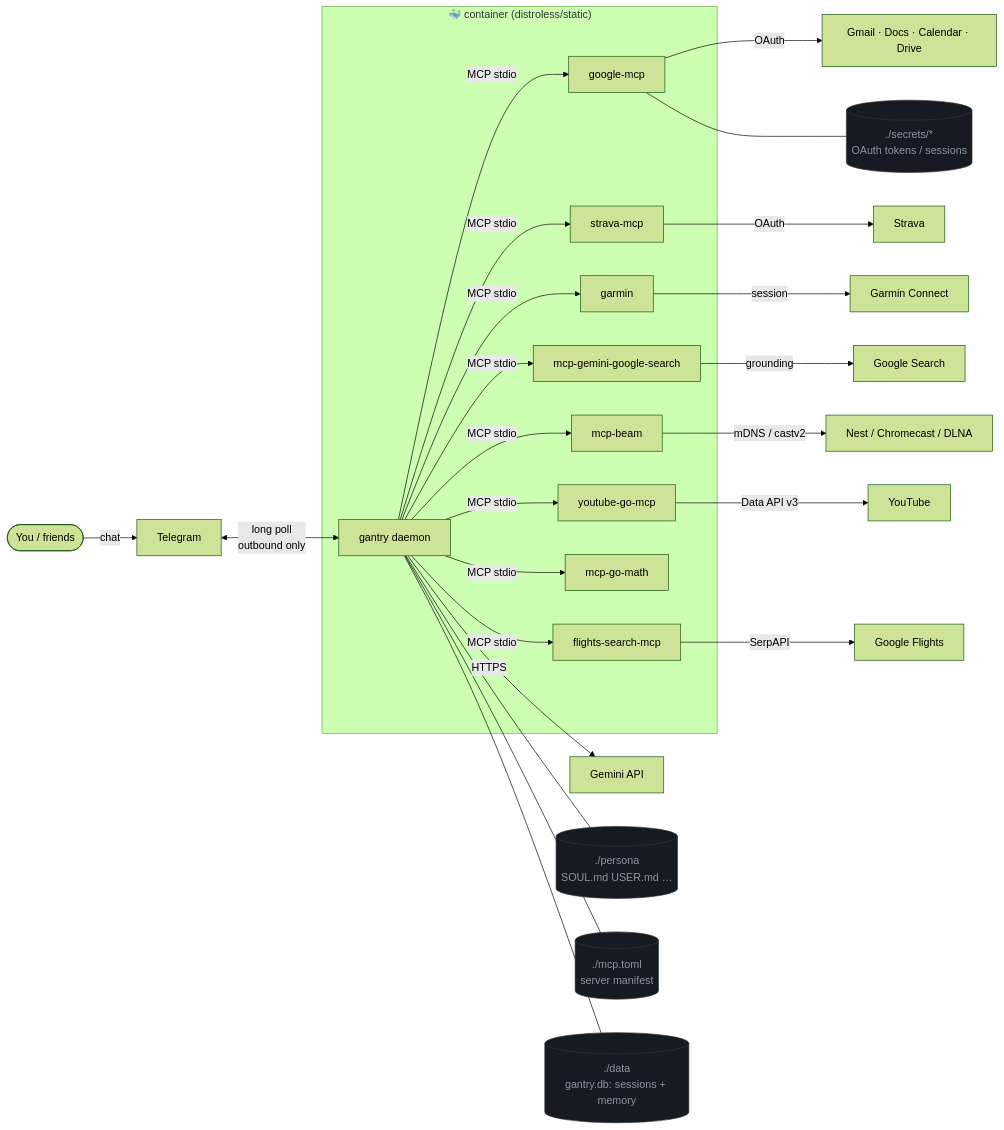
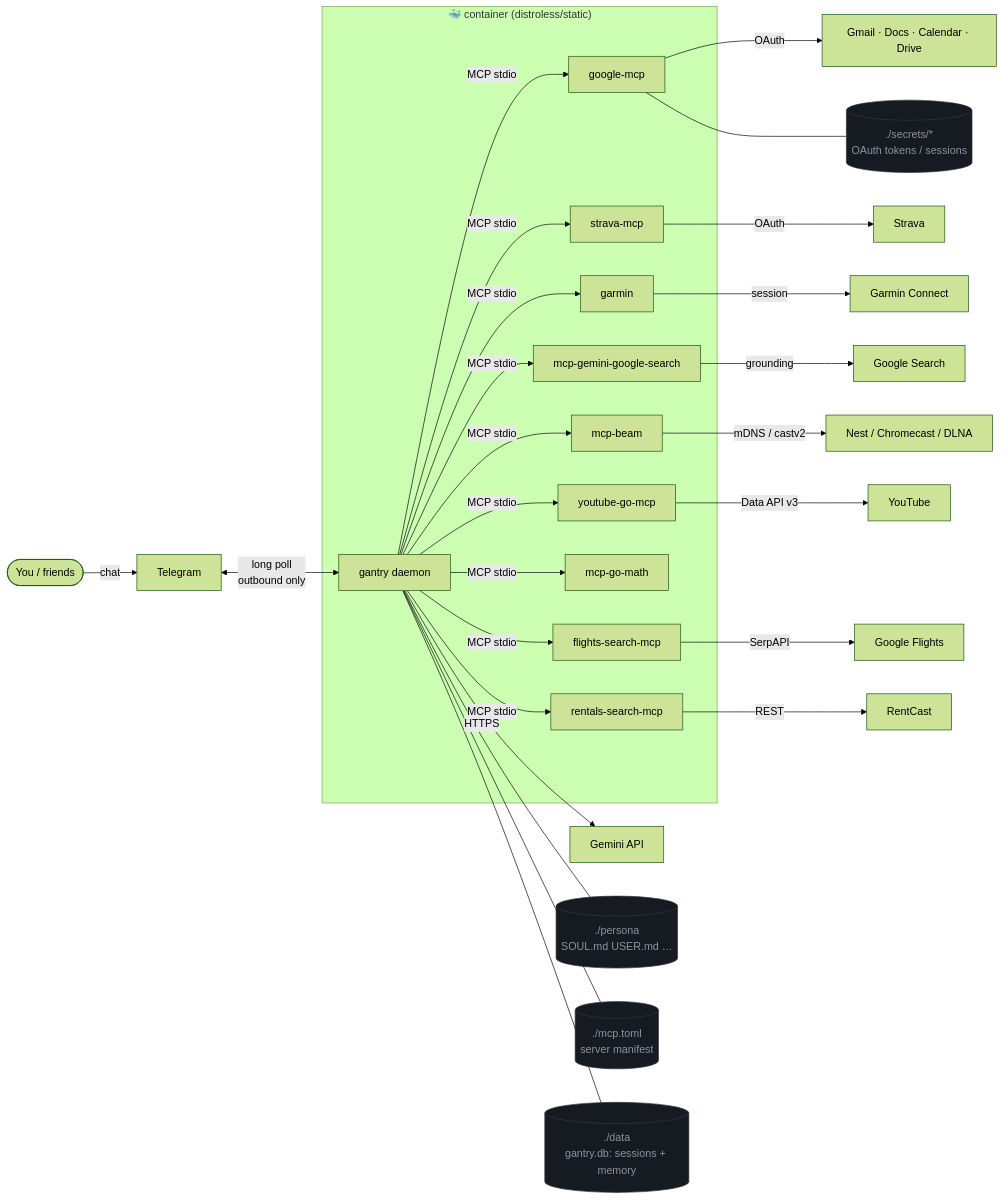
Before and after one commit to shotah/ai-gantry: the first of 4 diagrams in local-agent/README.md, drawn with Mermaid (forest theme). The commit also changed other lines of this file and 11 other files, not shown here.

Commit message:
adding flights and rentals to mcp search capabilities

````diff
--- a/local-agent/README.md
+++ b/local-agent/README.md
@@ -57,42 +57,45 @@
 ```mermaid
 flowchart LR
   You([You / friends]) -->|chat| TG[Telegram]
   TG <-->|long poll<br/>outbound only| GN
 
   subgraph Host["🐳 container (distroless/static)"]
     GN[gantry daemon]
     GW[google-mcp]
     SM[strava-mcp]
     GM[garmin]
     GS[mcp-gemini-google-search]
     CM[mcp-beam]
     YM[youtube-go-mcp]
     MM[mcp-go-math]
     FM[flights-search-mcp]
+    RM[rentals-search-mcp]
     GN -->|MCP stdio| GW
     GN -->|MCP stdio| SM
     GN -->|MCP stdio| GM
     GN -->|MCP stdio| GS
     GN -->|MCP stdio| CM
     GN -->|MCP stdio| YM
     GN -->|MCP stdio| MM
     GN -->|MCP stdio| FM
+    GN -->|MCP stdio| RM
   end
 
   GN -->|HTTPS| GEM[Gemini API]
   GW -->|OAuth| GWS[Gmail · Docs · Calendar · Drive]
   SM -->|OAuth| STV[Strava]
   GM -->|session| GC[Garmin Connect]
   GS -->|grounding| GGL[Google Search]
   CM -->|mDNS / castv2| CAST[Nest / Chromecast / DLNA]
   YM -->|Data API v3| YT[YouTube]
   FM -->|SerpAPI| FL[Google Flights]
+  RM -->|REST| RC[RentCast]
 
   GN --- P[("./persona<br/>SOUL.md USER.md …")]
   GN --- M[("./mcp.toml<br/>server manifest")]
   GN --- DATA[("./data<br/>gantry.db: sessions + memory")]
   GW --- SEC[("./secrets/*<br/>OAuth tokens / sessions")]
 
   classDef store fill:#161b22,stroke:#30363d,color:#8b949e;
   class P,M,DATA,SEC store;
 ```
````
